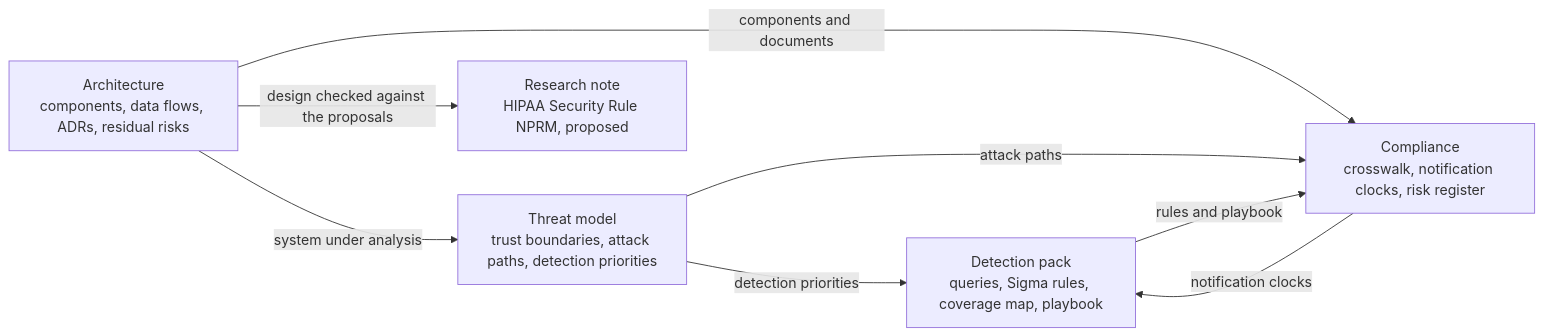
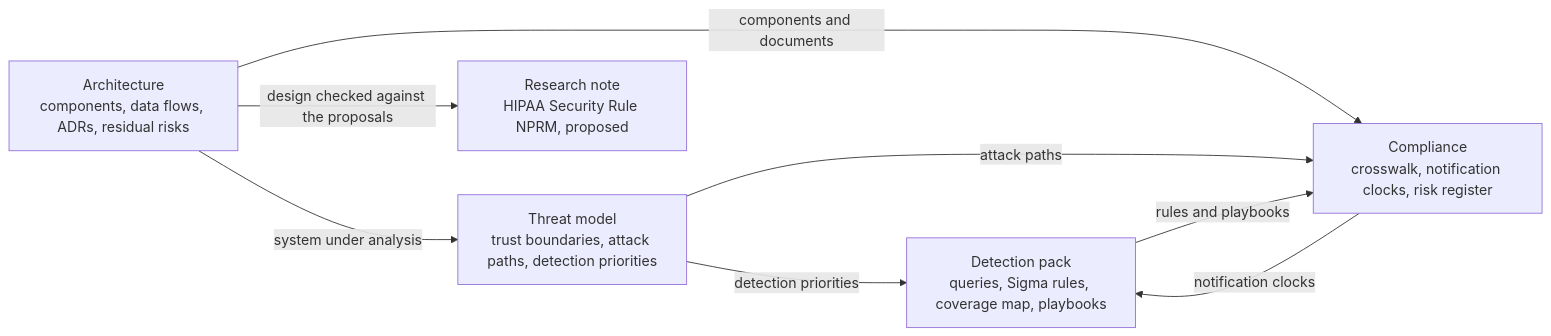
Before and after one commit to lexxon21/zero-trust-healthcare-reference: the diagram in README.md, drawn with Mermaid. The commit also changed other lines of this file and 10 other files, not shown here.

````diff
--- a/README.md
+++ b/README.md
@@ -31,15 +31,15 @@
 ```mermaid
 flowchart LR
   ARCH["Architecture<br/>components, data flows, ADRs, residual risks"]
   TM["Threat model<br/>trust boundaries, attack paths, detection priorities"]
-  DET["Detection pack<br/>queries, Sigma rules, coverage map, playbook"]
+  DET["Detection pack<br/>queries, Sigma rules, coverage map, playbooks"]
   GRC["Compliance<br/>crosswalk, notification clocks, risk register"]
   RES["Research note<br/>HIPAA Security Rule NPRM, proposed"]
   ARCH -->|system under analysis| TM
   TM -->|detection priorities| DET
   ARCH -->|components and documents| GRC
   TM -->|attack paths| GRC
-  DET -->|rules and playbook| GRC
+  DET -->|rules and playbooks| GRC
   GRC -->|notification clocks| DET
   ARCH -->|design checked against the proposals| RES
 ```
````
